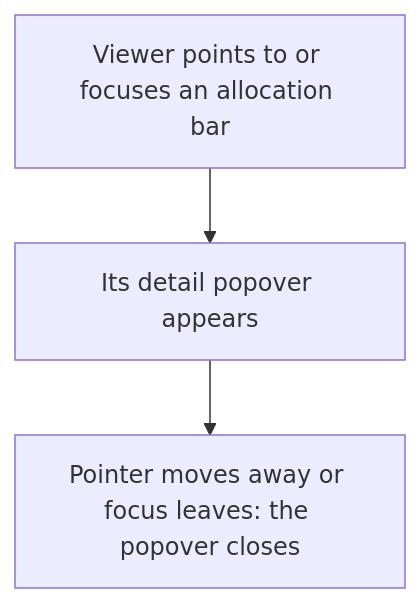
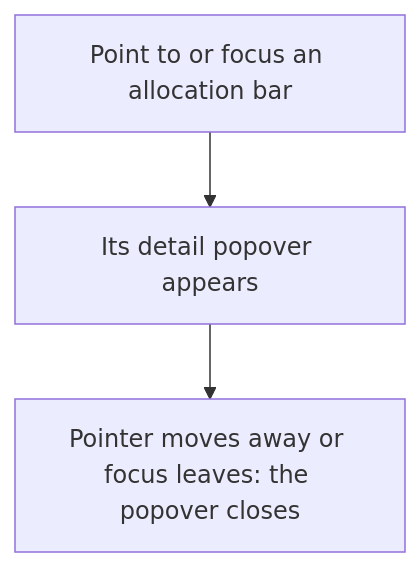
The first of 2 diagrams in user-stories/scheduler/US-SCH-15-bar-popover.md (Kevinjohn/capacitylens), drawn with Mermaid before and after one commit. The commit also changed other lines of this file and 119 other files, not shown here.

First line of the commit message:
docs: correct story text and flow diagrams against current source

````diff
--- a/user-stories/scheduler/US-SCH-15-bar-popover.md
+++ b/user-stories/scheduler/US-SCH-15-bar-popover.md
@@ -22,8 +22,8 @@
 ```mermaid
 flowchart TD
-  A["Viewer points to or focuses an allocation bar"]
+  A["Point to or focus an allocation bar"]
   B["Its detail popover appears"]
   C["Pointer moves away or focus leaves: the popover closes"]
   A --> B
   B --> C
 ```
````
